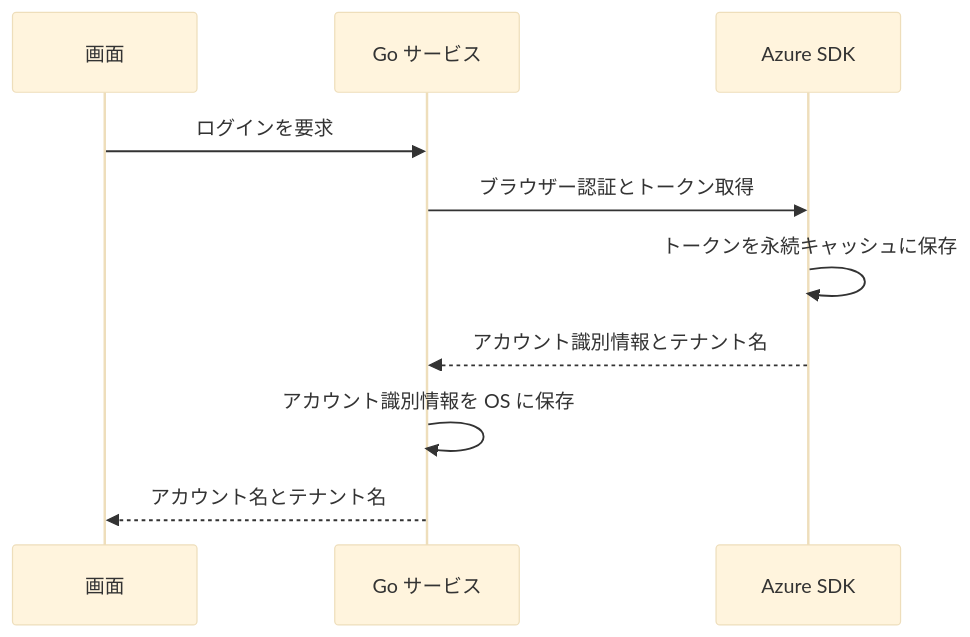
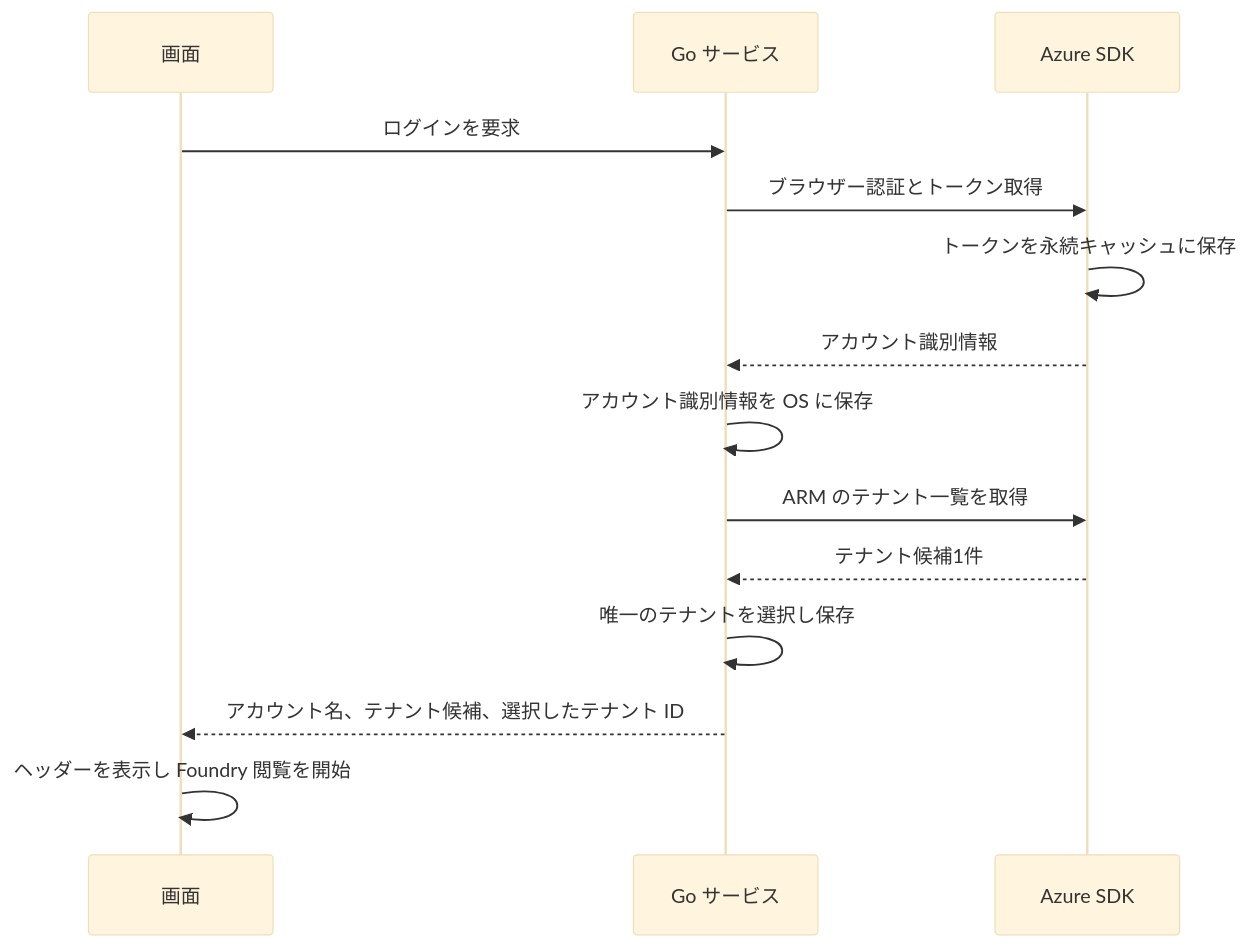
One commit to nuitsjp/azfoundry-deck changed the first of 3 diagrams in docs/design/UCP-1.md. Above: the diagram before and after it, drawn with Mermaid (base theme). The commit also changed other lines of this file and 16 other files, not shown here.

````diff
--- a/docs/design/UCP-1.md
+++ b/docs/design/UCP-1.md
@@ -16,12 +22,16 @@
 ```mermaid
 sequenceDiagram
   participant U as 画面
   participant S as Go サービス
   participant K as Azure SDK
   U->>S: ログインを要求
   S->>K: ブラウザー認証とトークン取得
   K->>K: トークンを永続キャッシュに保存
-  K-->>S: アカウント識別情報とテナント名
+  K-->>S: アカウント識別情報
   S->>S: アカウント識別情報を OS に保存
-  S-->>U: アカウント名とテナント名
+  S->>K: ARM のテナント一覧を取得
+  K-->>S: テナント候補1件
+  S->>S: 唯一のテナントを選択し保存
+  S-->>U: アカウント名、テナント候補、選択したテナント ID
+  U->>U: ヘッダーを表示し Foundry 閲覧を開始
 ```
````
